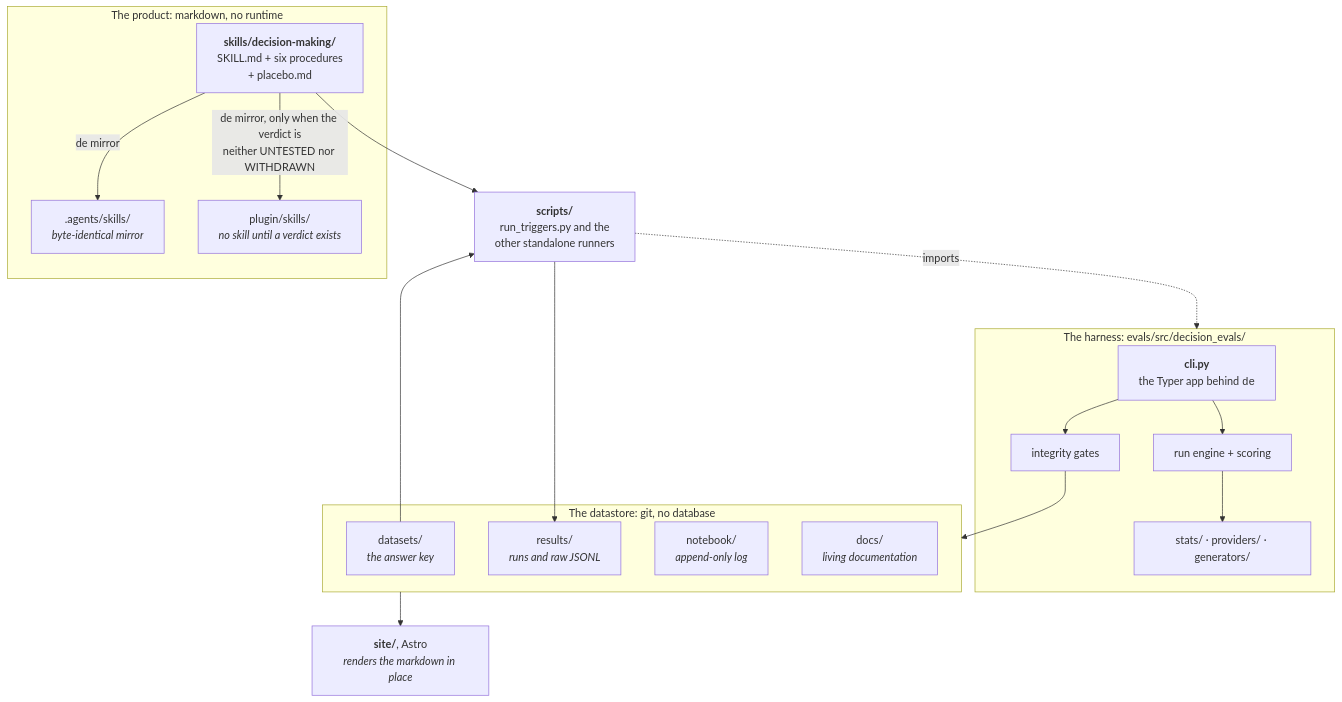
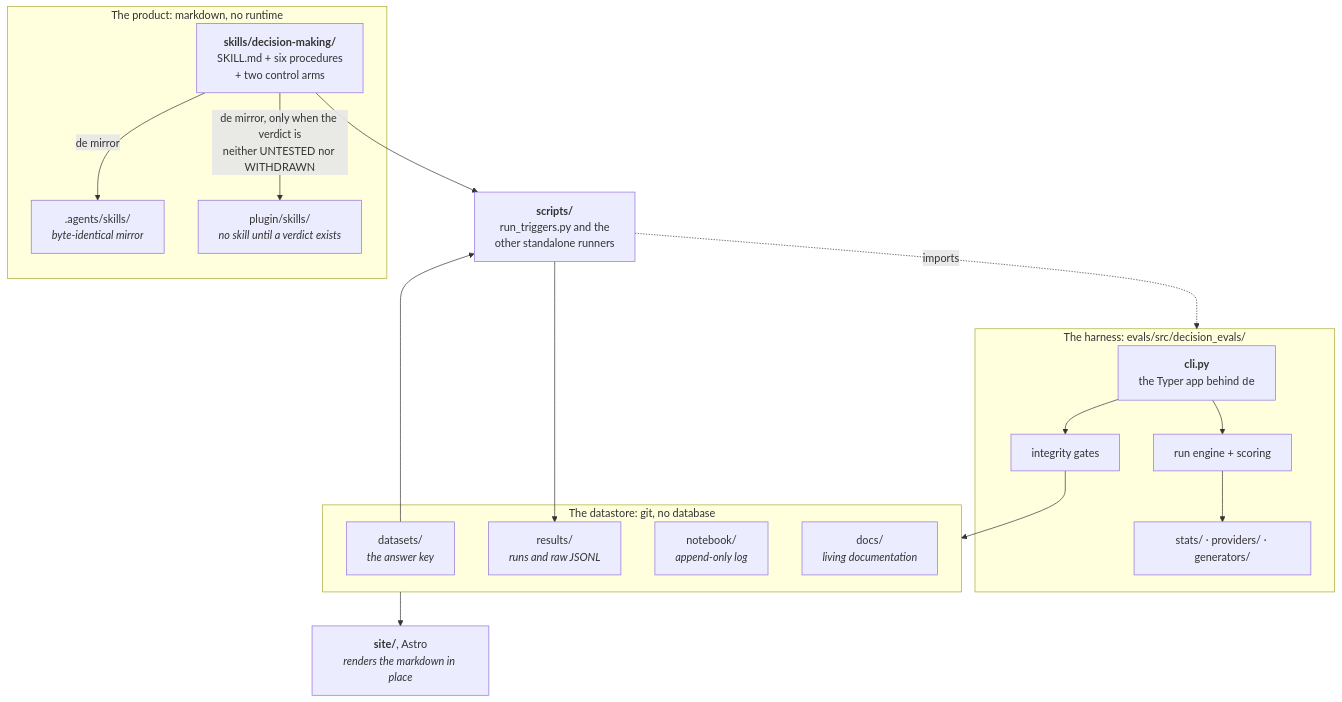
The second of 6 diagrams in docs/ARCHITECTURE.md (AngelCampa1/decision-making-skills), drawn with Mermaid before and after one commit. The commit also changed other lines of this file and 13 other files, not shown here.

````diff
--- a/docs/ARCHITECTURE.md
+++ b/docs/ARCHITECTURE.md
@@ -46,38 +46,38 @@
 ```mermaid
 flowchart TB
     subgraph product["The product: markdown, no runtime"]
-        skills["<b>skills/decision-making/</b><br/>SKILL.md + six procedures<br/>+ placebo.md"]
+        skills["<b>skills/decision-making/</b><br/>SKILL.md + six procedures<br/>+ two control arms"]
         agents[".agents/skills/<br/><i>byte-identical mirror</i>"]
         plug["plugin/skills/<br/><i>no skill until a verdict exists</i>"]
         skills -- "de mirror" --> agents
         skills -- "de mirror, only when the verdict is<br/>neither UNTESTED nor WITHDRAWN" --> plug
     end
 
     subgraph harness["The harness: evals/src/decision_evals/"]
         cliapp["<b>cli.py</b><br/>the Typer app behind <tt>de</tt>"]
         gates["integrity gates"]
         engine["run engine + scoring"]
         stats["stats/ · providers/ · generators/"]
         cliapp --> gates
         cliapp --> engine
         engine --> stats
     end
 
     runners["<b>scripts/</b><br/>run_triggers.py and the<br/>other standalone runners"]
 
     subgraph store["The datastore: git, no database"]
         data["datasets/<br/><i>the answer key</i>"]
         res["results/<br/><i>runs and raw JSONL</i>"]
         nb["notebook/<br/><i>append-only log</i>"]
         docs["docs/<br/><i>living documentation</i>"]
     end
 
     site["<b>site/</b>, Astro<br/><i>renders the markdown in place</i>"]
 
     skills --> runners
     data --> runners
     runners --> res
     runners -.->|imports| harness
     gates --> store
     store --> site
 ```
````
